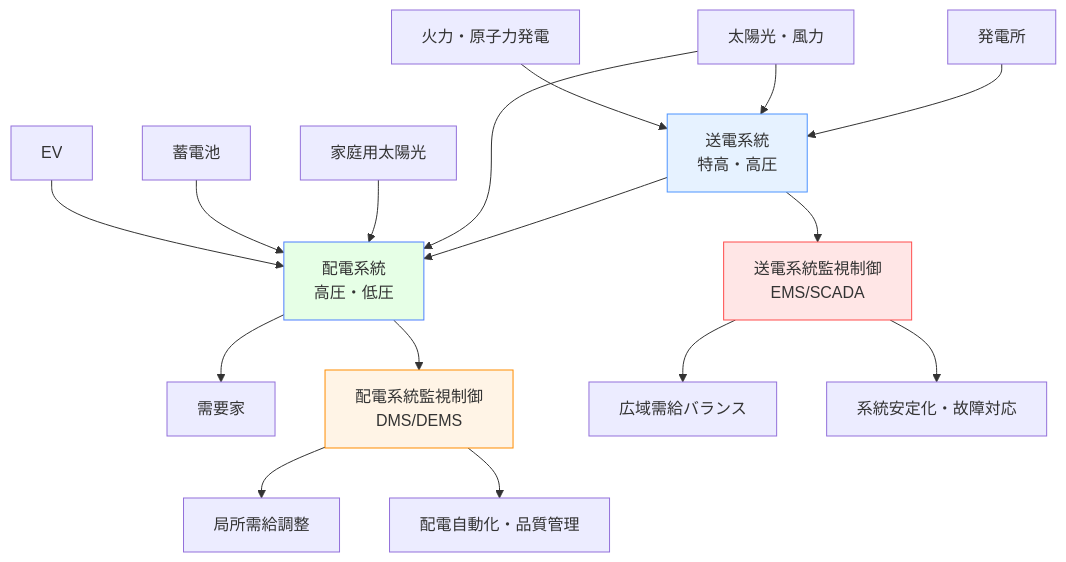
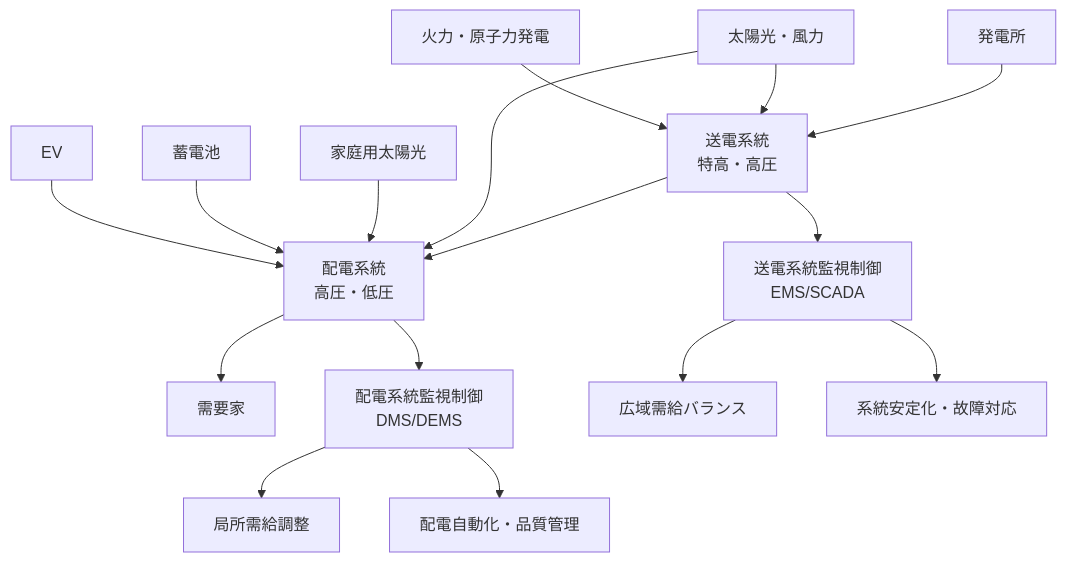
The third of 7 diagrams in docs/applications/industrial.md (shuji-bonji/Situational-Awareness-and-Decision-Making), drawn with Mermaid before and after one commit. The commit also changed other lines of this file and 49 other files, not shown here.

Commit message:
fix: ダークモードで見づらい図の色の変更

````diff
--- a/docs/applications/industrial.md
+++ b/docs/applications/industrial.md
@@ -193,26 +193,26 @@
 ```mermaid
 graph TD
     A[発電所] --> D[送電系統<br>特高・高圧]
     B[太陽光・風力] --> D
     C[火力・原子力発電] --> D
     D --> E[配電系統<br>高圧・低圧]
     E --> F[需要家]
     
     B --> E
     G[家庭用太陽光] --> E
     H[蓄電池] --> E
     I[EV] --> E
     
     D --> J[送電系統監視制御<br>EMS/SCADA]
     E --> K[配電系統監視制御<br>DMS/DEMS]
     
     J --> L[広域需給バランス]
     K --> M[局所需給調整]
     J --> N[系統安定化・故障対応]
     K --> O[配電自動化・品質管理]
     
-    style D fill:#e6f2ff,stroke:#4d94ff
-    style E fill:#e6ffe6,stroke:#4d7fff
-    style J fill:#ffe6e6,stroke:#ff4d4d
-    style K fill:#fff4e6,stroke:#ff8c00
+
+
+
+
 ```
````
